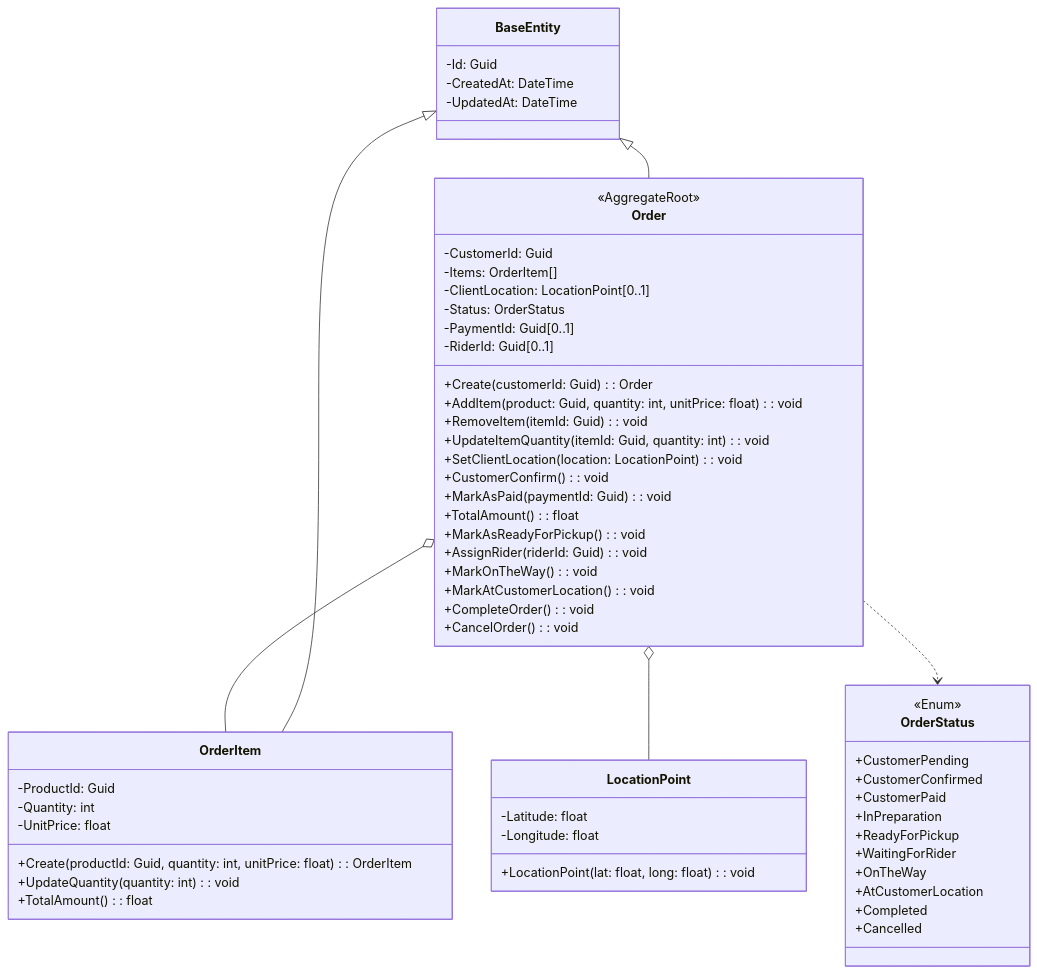
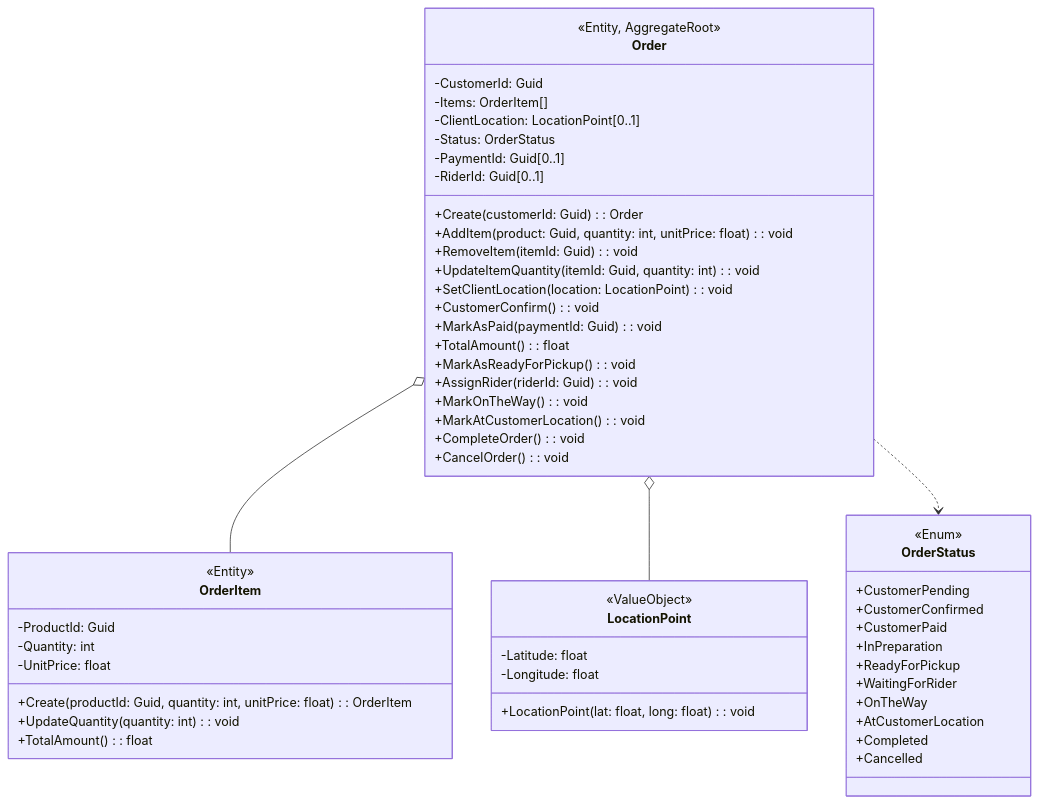
Before and after one commit to rogerrocaarano/ChatPedidos: the diagram in WebAPI/docs/OrderAggregate.mermaid, drawn with Mermaid.

Commit message:
docs: update abstractions

```diff
--- a/WebAPI/docs/OrderAggregate.mermaid
+++ b/WebAPI/docs/OrderAggregate.mermaid
@@ -1,64 +1,58 @@
 classDiagram
-    class BaseEntity {
-        -Id: Guid
-        -CreatedAt: DateTime
-        -UpdatedAt: DateTime
-    }
-
-    BaseEntity <|-- Order
     class Order {
-        <<AggregateRoot>>
+        <<Entity, AggregateRoot>>
         -CustomerId: Guid
         -Items: OrderItem[]
         -ClientLocation: LocationPoint[0..1]
         -Status: OrderStatus
         -PaymentId: Guid[0..1]
         -RiderId: Guid[0..1]
         +Create(customerId: Guid): Order
         +AddItem(product: Guid, quantity: int, unitPrice: float): void
         +RemoveItem(itemId: Guid): void
         +UpdateItemQuantity(itemId: Guid, quantity: int): void
         +SetClientLocation(location: LocationPoint): void
         +CustomerConfirm(): void
         +MarkAsPaid(paymentId: Guid): void
         +TotalAmount(): float
         +MarkAsReadyForPickup(): void
         +AssignRider(riderId: Guid): void
         +MarkOnTheWay(): void
         +MarkAtCustomerLocation(): void
         +CompleteOrder(): void
         +CancelOrder(): void
     }
     Order o-- OrderItem
     Order o-- LocationPoint
     Order ..> OrderStatus
 
     class OrderStatus {
         <<Enum>>
         +CustomerPending
         +CustomerConfirmed
         +CustomerPaid
         +InPreparation
         +ReadyForPickup
         +WaitingForRider
         +OnTheWay
         +AtCustomerLocation
         +Completed
         +Cancelled
     }
 
-    BaseEntity <|-- OrderItem
     class OrderItem {
+        <<Entity>>
         -ProductId: Guid
         -Quantity: int
         -UnitPrice: float
         +Create(productId: Guid, quantity: int, unitPrice: float): OrderItem
         +UpdateQuantity(quantity: int): void
         +TotalAmount(): float
     }
 
     class LocationPoint {
+        <<ValueObject>>
         -Latitude: float
         -Longitude: float
         +LocationPoint(lat: float, long: float): void
     }
```
